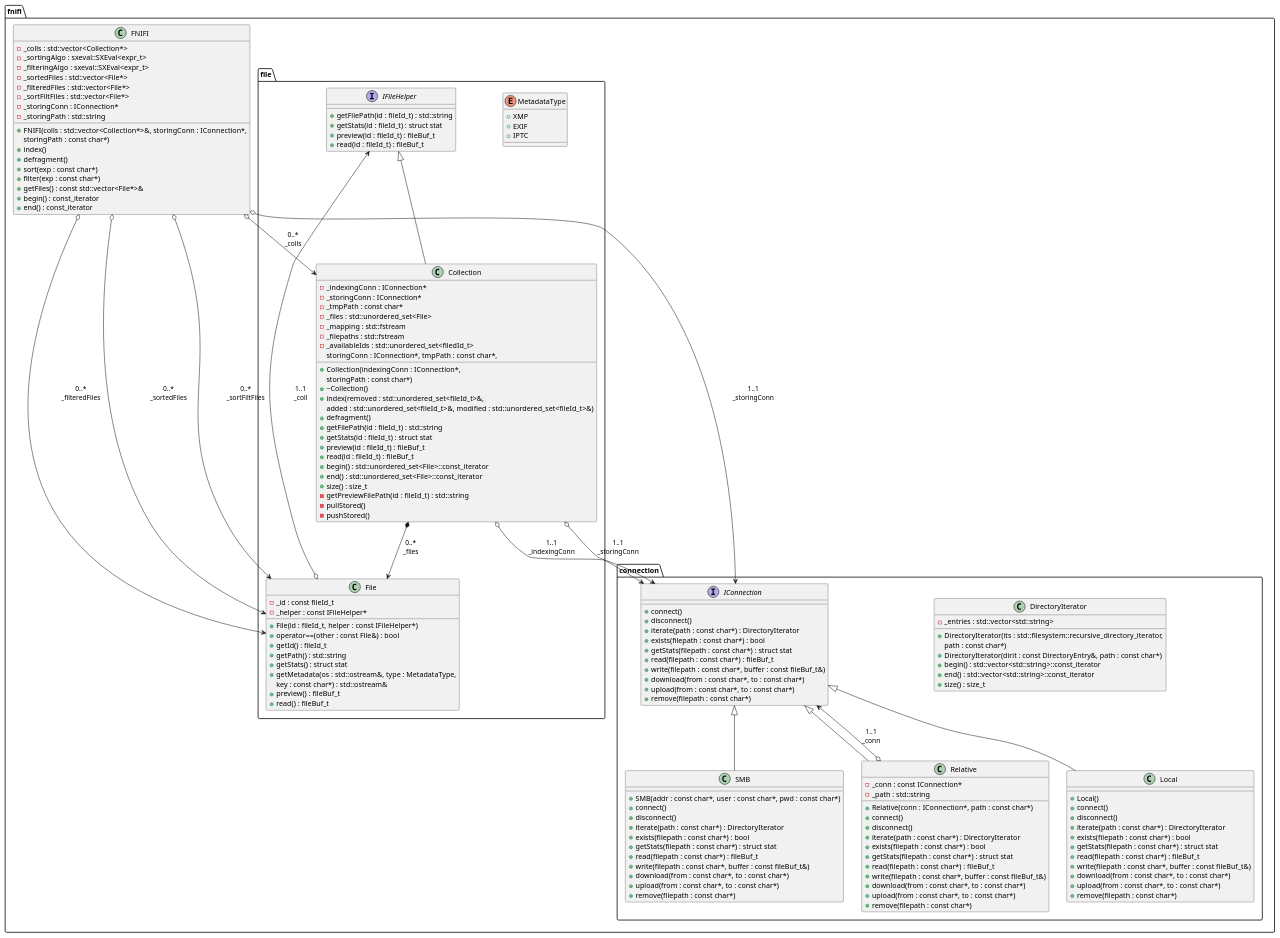
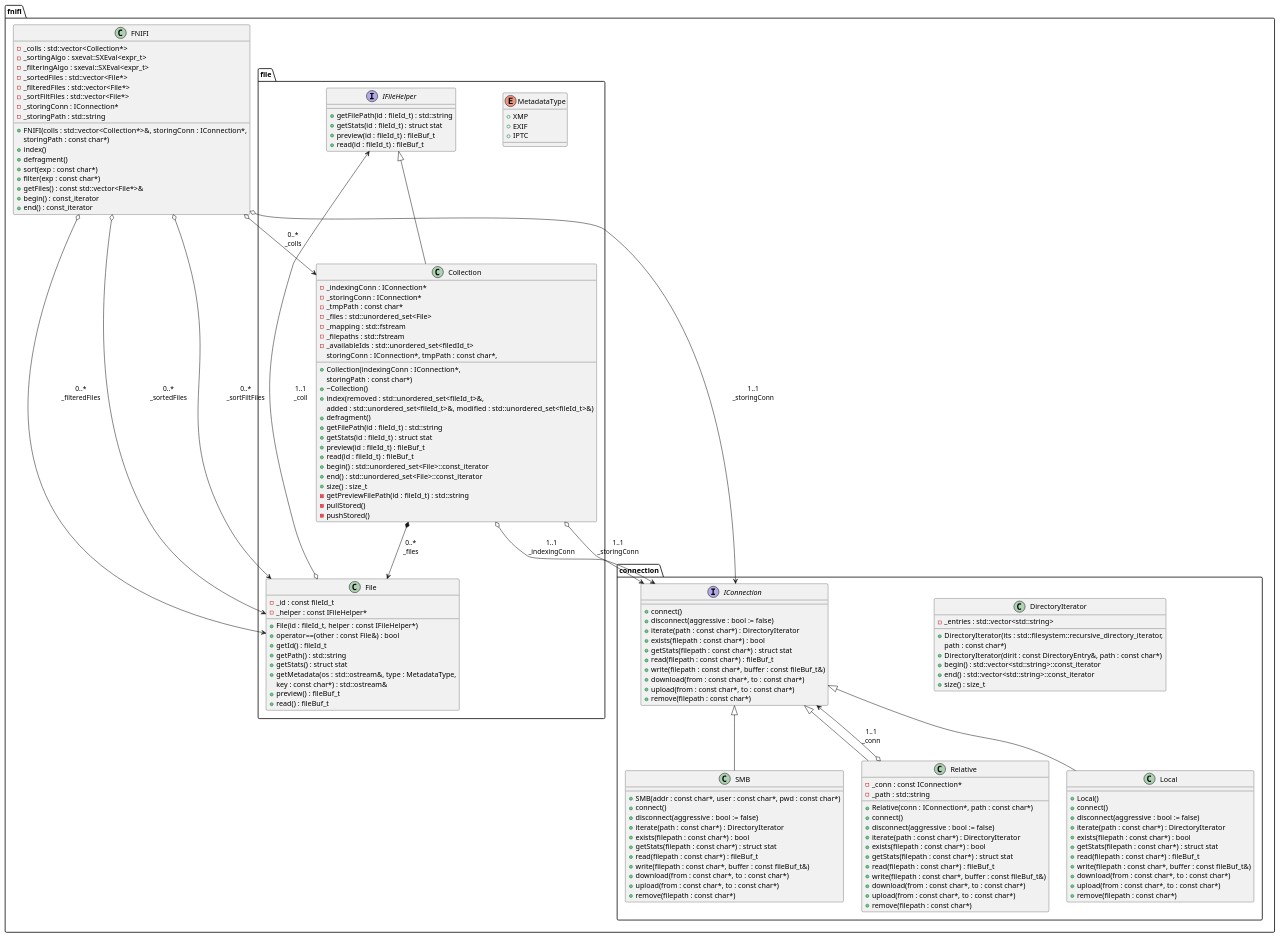
One commit to abadiet/FNIFI changed the diagram in uml/architecture.plantuml. Above: the diagram before and after it, drawn with PlantUML. The commit also changed 14 other files, not shown here.

```diff
--- a/uml/architecture.plantuml
+++ b/uml/architecture.plantuml
@@ -1,161 +1,161 @@
 @startuml
 
 package fnifi {
     class FNIFI {
         -_colls : std::vector<Collection*>
         -_sortingAlgo : sxeval::SXEval<expr_t>
         -_filteringAlgo : sxeval::SXEval<expr_t>
         -_sortedFiles : std::vector<File*>
         -_filteredFiles : std::vector<File*>
         -_sortFiltFiles : std::vector<File*>
         -_storingConn : IConnection*
         -_storingPath : std::string
         +FNIFI(colls : std::vector<Collection*>&, storingConn : IConnection*,
         storingPath : const char*)
         +index()
         +defragment()
         +sort(exp : const char*)
         +filter(exp : const char*)
         +getFiles() : const std::vector<File*>&
         +begin() : const_iterator
         +end() : const_iterator
     }
 
     package file {
         enum MetadataType {
             +XMP
             +EXIF
             +IPTC
         }
 
         interface IFileHelper {
             +getFilePath(id : fileId_t) : std::string
             +getStats(id : fileId_t) : struct stat
             +preview(id : fileId_t) : fileBuf_t
             +read(id : fileId_t) : fileBuf_t
         }
 
         class File {
             -_id : const fileId_t
             -_helper : const IFileHelper*
             +File(id : fileId_t, helper : const IFileHelper*)
             +operator==(other : const File&) : bool
             +getId() : fileId_t
             +getPath() : std::string
             +getStats() : struct stat
             +getMetadata(os : std::ostream&, type : MetadataType,
             key : const char*) : std::ostream&
             +preview() : fileBuf_t
             +read() : fileBuf_t
         }
 
         class Collection extends IFileHelper {
             -_indexingConn : IConnection*
             -_storingConn : IConnection*
             -_tmpPath : const char*
             -_files : std::unordered_set<File>
             -_mapping : std::fstream
             -_filepaths : std::fstream
             -_availableIds : std::unordered_set<filedId_t>
             +Collection(indexingConn : IConnection*,
             storingConn : IConnection*, tmpPath : const char*,
             storingPath : const char*)
             +~Collection()
             +index(removed : std::unordered_set<fileId_t>&,
             added : std::unordered_set<fileId_t>&, modified : std::unordered_set<fileId_t>&)
             +defragment()
             +getFilePath(id : fileId_t) : std::string
             +getStats(id : fileId_t) : struct stat
             +preview(id : fileId_t) : fileBuf_t
             +read(id : fileId_t) : fileBuf_t
             +begin() : std::unordered_set<File>::const_iterator
             +end() : std::unordered_set<File>::const_iterator
             +size() : size_t
             -getPreviewFilePath(id : fileId_t) : std::string
             -pullStored()
             -pushStored()
         }
     }
 
     package connection {
         class DirectoryIterator {
             -_entries : std::vector<std::string>
             +DirectoryIterator(its : std::filesystem::recursive_directory_iterator,
             path : const char*)
             +DirectoryIterator(dirit : const DirectoryEntry&, path : const char*)
             +begin() : std::vector<std::string>::const_iterator
             +end() : std::vector<std::string>::const_iterator
             +size() : size_t
         }
 
         interface IConnection {
             +connect()
-            +disconnect()
+            +disconnect(aggressive : bool := false)
             +iterate(path : const char*) : DirectoryIterator
             +exists(filepath : const char*) : bool
             +getStats(filepath : const char*) : struct stat
             +read(filepath : const char*) : fileBuf_t
             +write(filepath : const char*, buffer : const fileBuf_t&)
             +download(from : const char*, to : const char*)
             +upload(from : const char*, to : const char*)
             +remove(filepath : const char*)
         }
 
         class Relative extends IConnection {
             -_conn : const IConnection*
             -_path : std::string
             +Relative(conn : IConnection*, path : const char*)
             +connect()
-            +disconnect()
+            +disconnect(aggressive : bool := false)
             +iterate(path : const char*) : DirectoryIterator
             +exists(filepath : const char*) : bool
             +getStats(filepath : const char*) : struct stat
             +read(filepath : const char*) : fileBuf_t
             +write(filepath : const char*, buffer : const fileBuf_t&)
             +download(from : const char*, to : const char*)
             +upload(from : const char*, to : const char*)
             +remove(filepath : const char*)
         }
 
         class SMB extends IConnection {
             +SMB(addr : const char*, user : const char*, pwd : const char*)
             +connect()
-            +disconnect()
+            +disconnect(aggressive : bool := false)
             +iterate(path : const char*) : DirectoryIterator
             +exists(filepath : const char*) : bool
             +getStats(filepath : const char*) : struct stat
             +read(filepath : const char*) : fileBuf_t
             +write(filepath : const char*, buffer : const fileBuf_t&)
             +download(from : const char*, to : const char*)
             +upload(from : const char*, to : const char*)
             +remove(filepath : const char*)
         }
 
         class Local extends IConnection {
             +Local()
             +connect()
-            +disconnect()
+            +disconnect(aggressive : bool := false)
             +iterate(path : const char*) : DirectoryIterator
             +exists(filepath : const char*) : bool
             +getStats(filepath : const char*) : struct stat
             +read(filepath : const char*) : fileBuf_t
             +write(filepath : const char*, buffer : const fileBuf_t&)
             +download(from : const char*, to : const char*)
             +upload(from : const char*, to : const char*)
             +remove(filepath : const char*)
         }
     }
 
     FNIFI o--> Collection : 0..*\n_colls
     FNIFI o--> File : 0..*\n_sortedFiles
     FNIFI o--> File : 0..*\n_filteredFiles
     FNIFI o--> File : 0..*\n_sortFiltFiles
     FNIFI o--> IConnection : 1..1\n_storingConn
     File o--> IFileHelper : 1..1\n_coll
     Collection o--> IConnection : 1..1\n_indexingConn
     Collection o--> IConnection : 1..1\n_storingConn
     Collection *--> File : 0..*\n_files
     Relative o--> IConnection : 1..1\n_conn
 }
 
 @enduml
```
